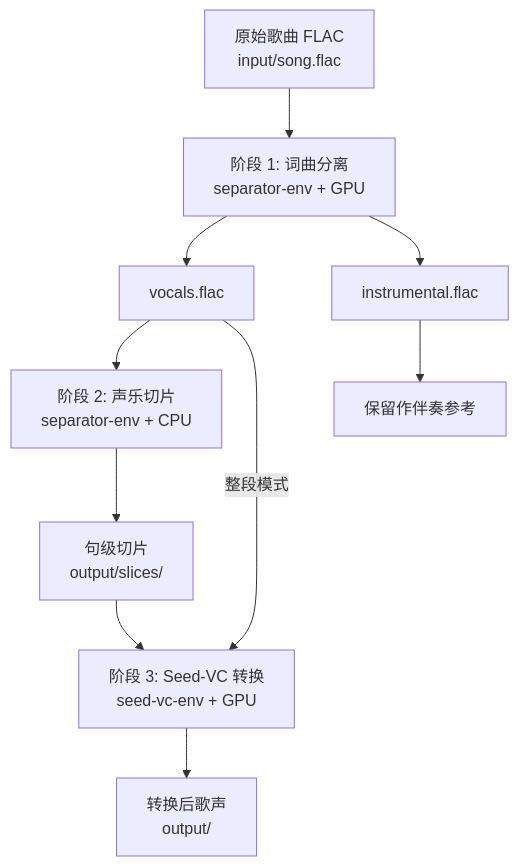
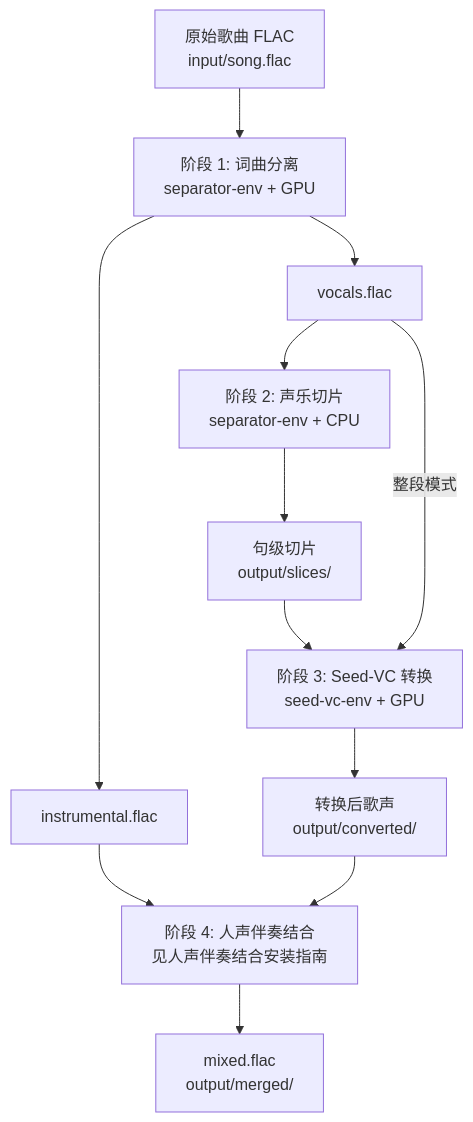
One commit to lastfore/voice-translate changed the fourth of 6 diagrams in docs/词曲分离与声乐切片安装指南.md. Above: the diagram before and after it, drawn with Mermaid. The commit also changed other lines of this file and 10 other files, not shown here.

````diff
--- a/docs/词曲分离与声乐切片安装指南.md
+++ b/docs/词曲分离与声乐切片安装指南.md
@@ -439,12 +442,14 @@
 ```mermaid
 flowchart TB
     A[原始歌曲 FLAC<br/>input/song.flac] --> B[阶段 1: 词曲分离<br/>separator-env + GPU]
     B --> C[vocals.flac]
     B --> D[instrumental.flac]
     C --> E[阶段 2: 声乐切片<br/>separator-env + CPU]
     E --> F[句级切片<br/>output/slices/]
     F --> G[阶段 3: Seed-VC 转换<br/>seed-vc-env + GPU]
     C -->|整段模式| G
-    G --> H[转换后歌声<br/>output/]
-    D --> I[保留作伴奏参考]
+    G --> H[转换后歌声<br/>output/converted/]
+    D --> I[阶段 4: 人声伴奏结合<br/>见人声伴奏结合安装指南]
+    H --> I
+    I --> J[mixed.flac<br/>output/merged/]
 ```
````
